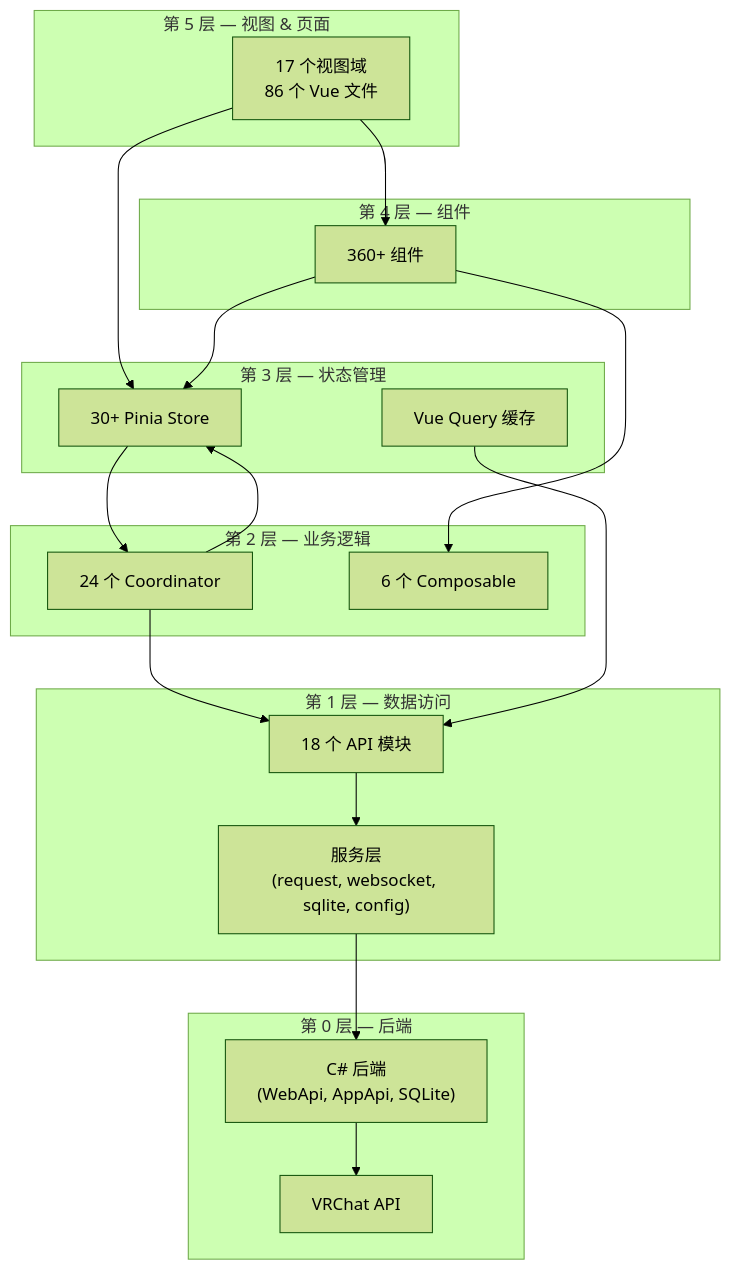
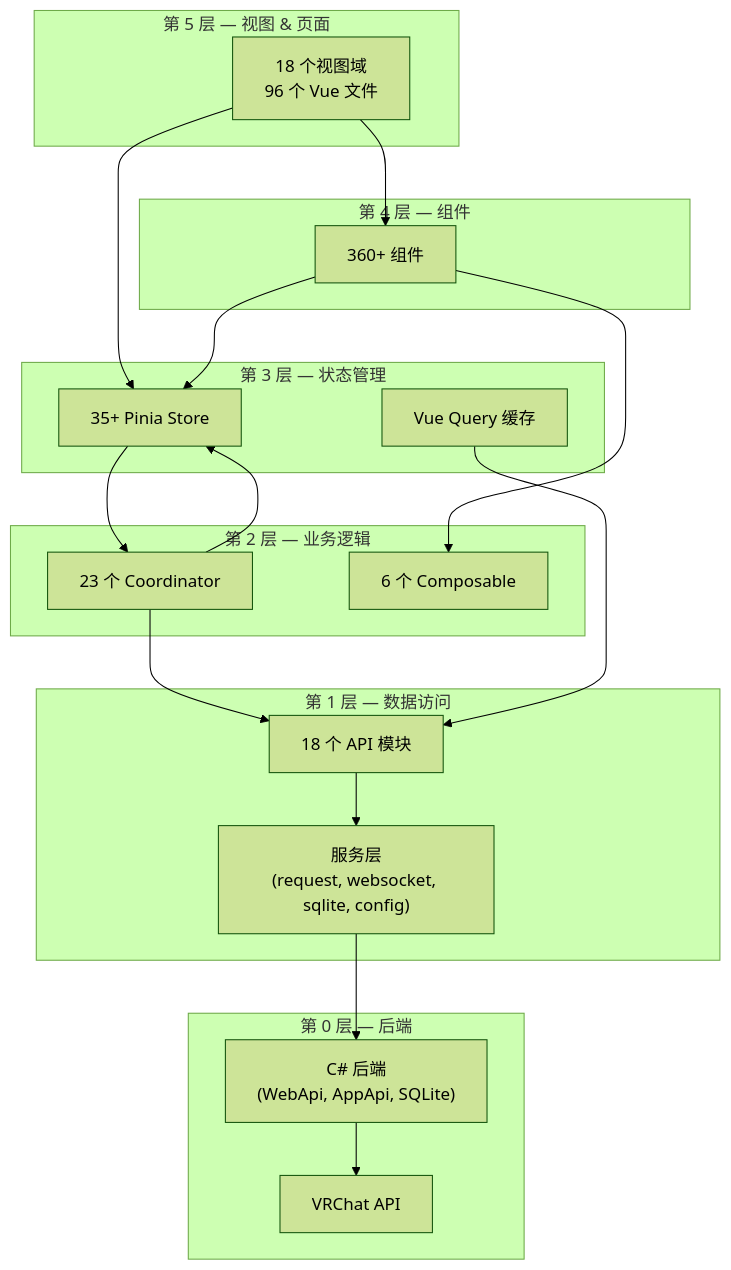
The first of 2 diagrams in zh/architecture/overview.md (Map1en/vrcx-docs), drawn with Mermaid (forest theme) before and after one commit. The commit also changed other lines of this file and 17 other files, not shown here.

````diff
--- a/zh/architecture/overview.md
+++ b/zh/architecture/overview.md
@@ -20,42 +20,42 @@
 ```mermaid
 graph TD
     subgraph Layer5["第 5 层 — 视图 & 页面"]
-        Views["17 个视图域<br/>86 个 Vue 文件"]
+        Views["18 个视图域<br/>96 个 Vue 文件"]
     end
 
     subgraph Layer4["第 4 层 — 组件"]
         Components["360+ 组件"]
     end
 
     subgraph Layer3["第 3 层 — 状态管理"]
-        Stores["30+ Pinia Store"]
+        Stores["35+ Pinia Store"]
         Queries["Vue Query 缓存"]
     end
 
     subgraph Layer2["第 2 层 — 业务逻辑"]
-        Coordinators["24 个 Coordinator"]
+        Coordinators["23 个 Coordinator"]
         Composables["6 个 Composable"]
     end
 
     subgraph Layer1["第 1 层 — 数据访问"]
         API["18 个 API 模块"]
         Services["服务层<br/>(request, websocket, sqlite, config)"]
     end
 
     subgraph Layer0["第 0 层 — 后端"]
         CSharp["C# 后端<br/>(WebApi, AppApi, SQLite)"]
         VRChatAPI["VRChat API"]
     end
 
     Views --> Components
     Views --> Stores
     Components --> Stores
     Components --> Composables
     Stores --> Coordinators
     Coordinators --> Stores
     Coordinators --> API
     Queries --> API
     API --> Services
     Services --> CSharp
     CSharp --> VRChatAPI
 ```
````
